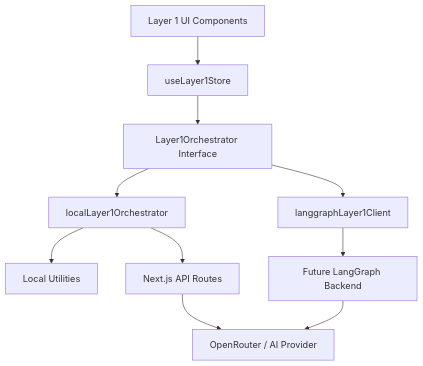
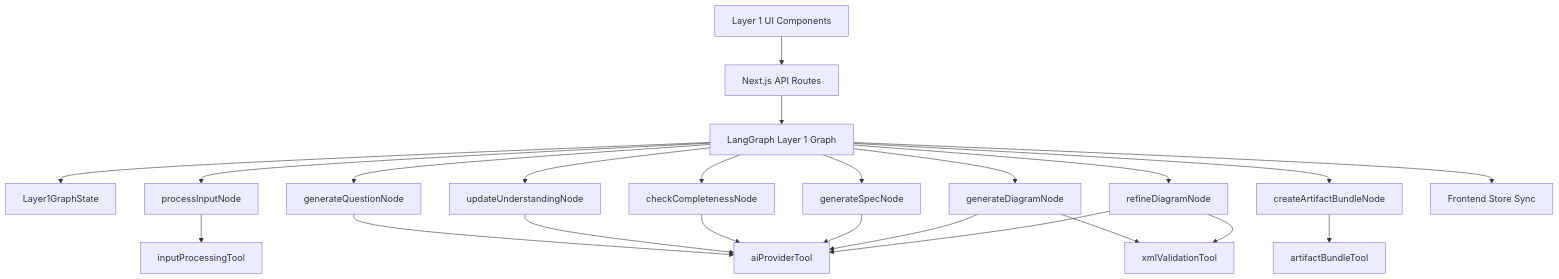
One commit to ProductMasterz/Mujarrad-Frontend changed diagram 13 of 19 in Docs/system-design-detailed-plan.md. Above: the diagram before and after it, drawn with Mermaid. The commit also changed other lines of this file, not shown here.

Commit message:
Refine system design architecture plan

````diff
--- a/Docs/system-design-detailed-plan.md
+++ b/Docs/system-design-detailed-plan.md
@@ -1607,16 +1529,29 @@
 ```mermaid
 flowchart TD
-    UI[Layer 1 UI Components] --> Store[useLayer1Store]
-    Store --> Interface[Layer1Orchestrator Interface]
+    UI[Layer 1 UI Components] --> API[Next.js API Routes]
+    API --> Graph[LangGraph Layer 1 Graph]
 
-    Interface --> Local[localLayer1Orchestrator]
-    Interface --> LangGraph[langgraphLayer1Client]
+    Graph --> State[Layer1GraphState]
 
-    Local --> Utils[Local Utilities]
-    Local --> NextAPI[Next.js API Routes]
+    Graph --> N1[processInputNode]
+    Graph --> N2[generateQuestionNode]
+    Graph --> N3[updateUnderstandingNode]
+    Graph --> N4[checkCompletenessNode]
+    Graph --> N5[generateSpecNode]
+    Graph --> N6[generateDiagramNode]
+    Graph --> N7[refineDiagramNode]
+    Graph --> N8[createArtifactBundleNode]
 
-    LangGraph --> Remote[Future LangGraph Backend]
+    N1 --> T1[inputProcessingTool]
+    N2 --> T2[aiProviderTool]
+    N3 --> T2
+    N4 --> T2
+    N5 --> T2
+    N6 --> T2
+    N6 --> T3[xmlValidationTool]
+    N7 --> T2
+    N7 --> T3
+    N8 --> T4[artifactBundleTool]
 
-    NextAPI --> AI[OpenRouter / AI Provider]
-    Remote --> AI
+    Graph --> Store[Frontend Store Sync]
 ```
````
